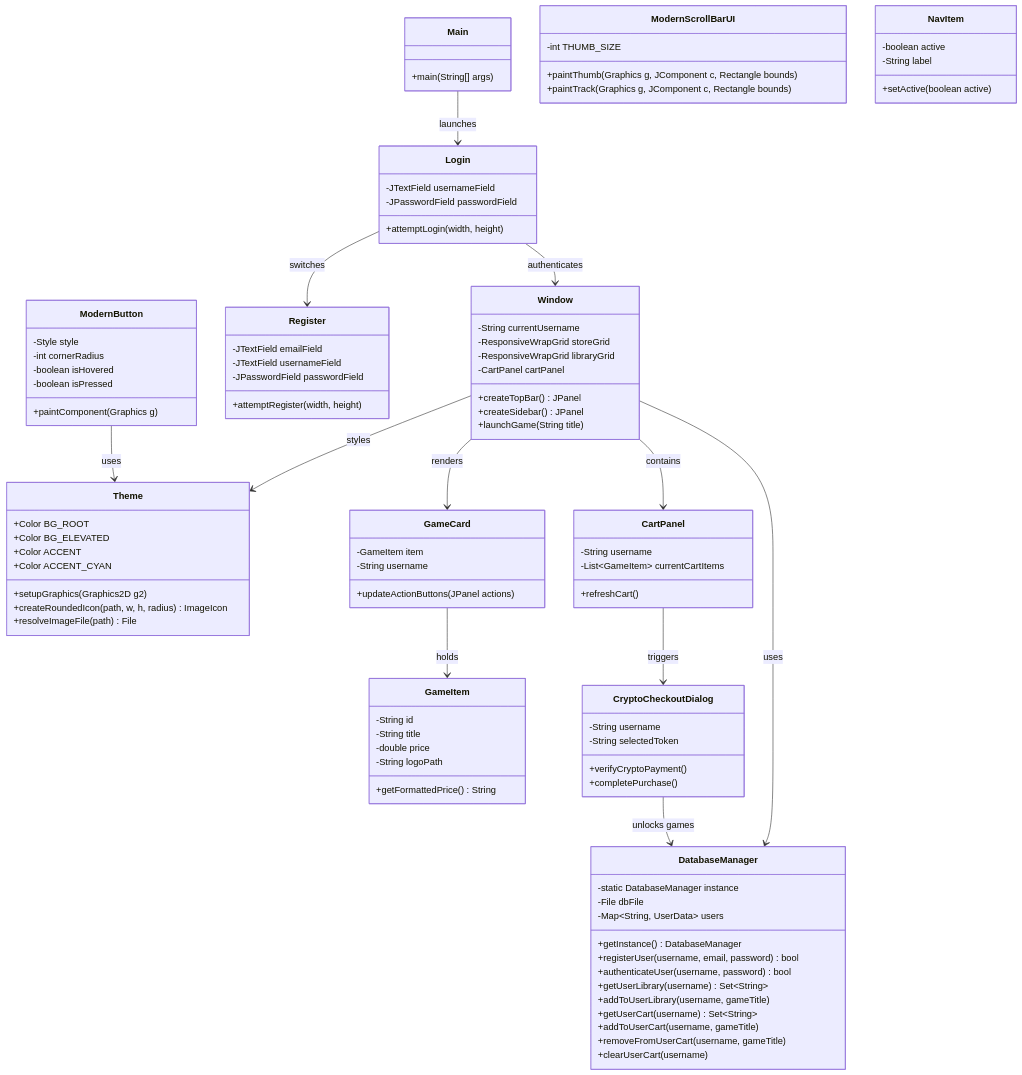
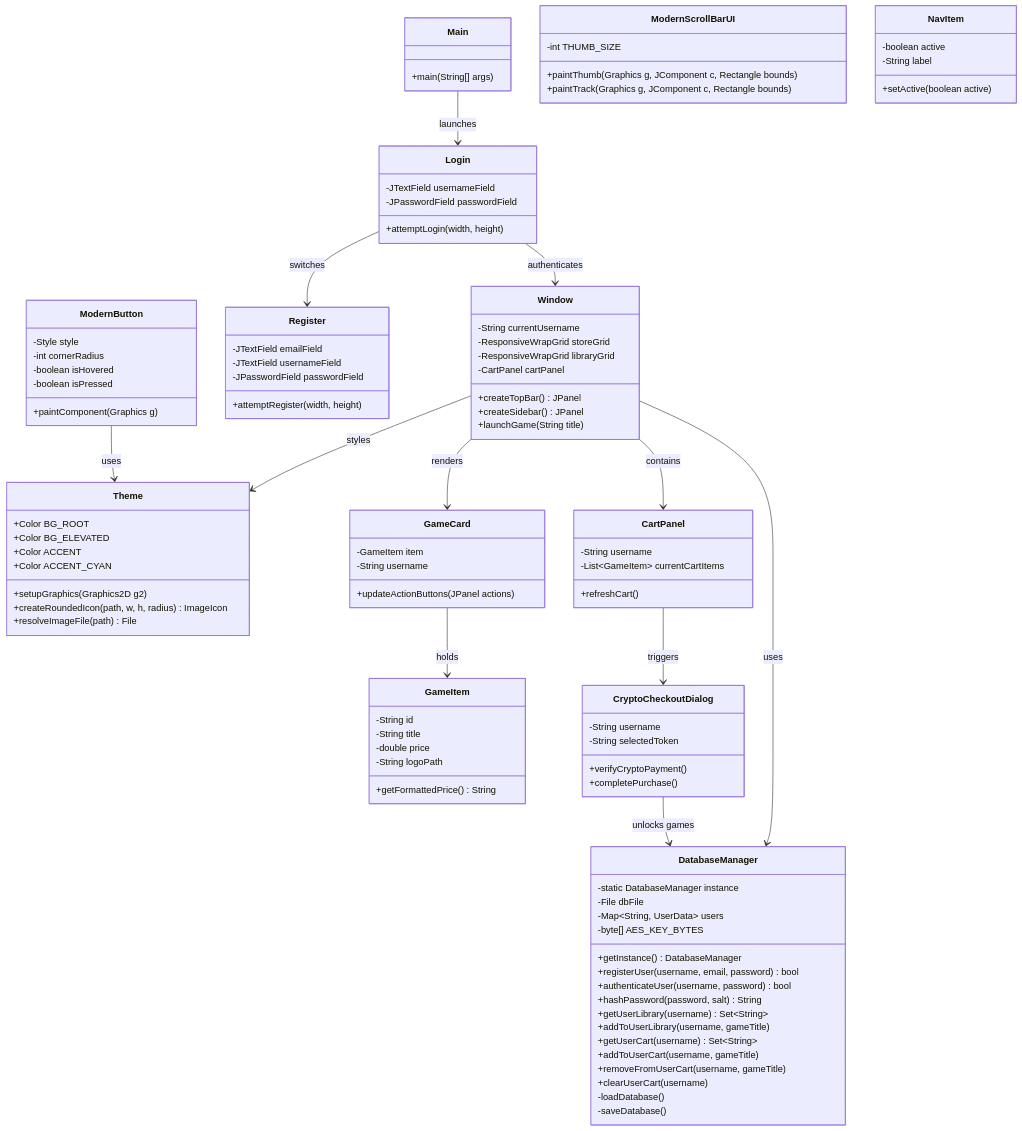
Before and after one commit to Bassel1000/Ankhvault: the first of 2 diagrams in README.md, drawn with Mermaid. The commit also changed other lines of this file and 2 other files, not shown here.

Commit message:
security: upgrade DatabaseManager to AES-256 binary file encryption and SHA-256 salted password hashing

```diff
--- a/README.md
+++ b/README.md
@@ -47,15 +50,19 @@
         -static DatabaseManager instance
         -File dbFile
         -Map~String, UserData~ users
+        -byte[] AES_KEY_BYTES
         +getInstance() DatabaseManager
         +registerUser(username, email, password) bool
         +authenticateUser(username, password) bool
+        +hashPassword(password, salt) String
         +getUserLibrary(username) Set~String~
         +addToUserLibrary(username, gameTitle)
         +getUserCart(username) Set~String~
         +addToUserCart(username, gameTitle)
         +removeFromUserCart(username, gameTitle)
         +clearUserCart(username)
+        -loadDatabase()
+        -saveDatabase()
     }
 
     class Theme {
```
